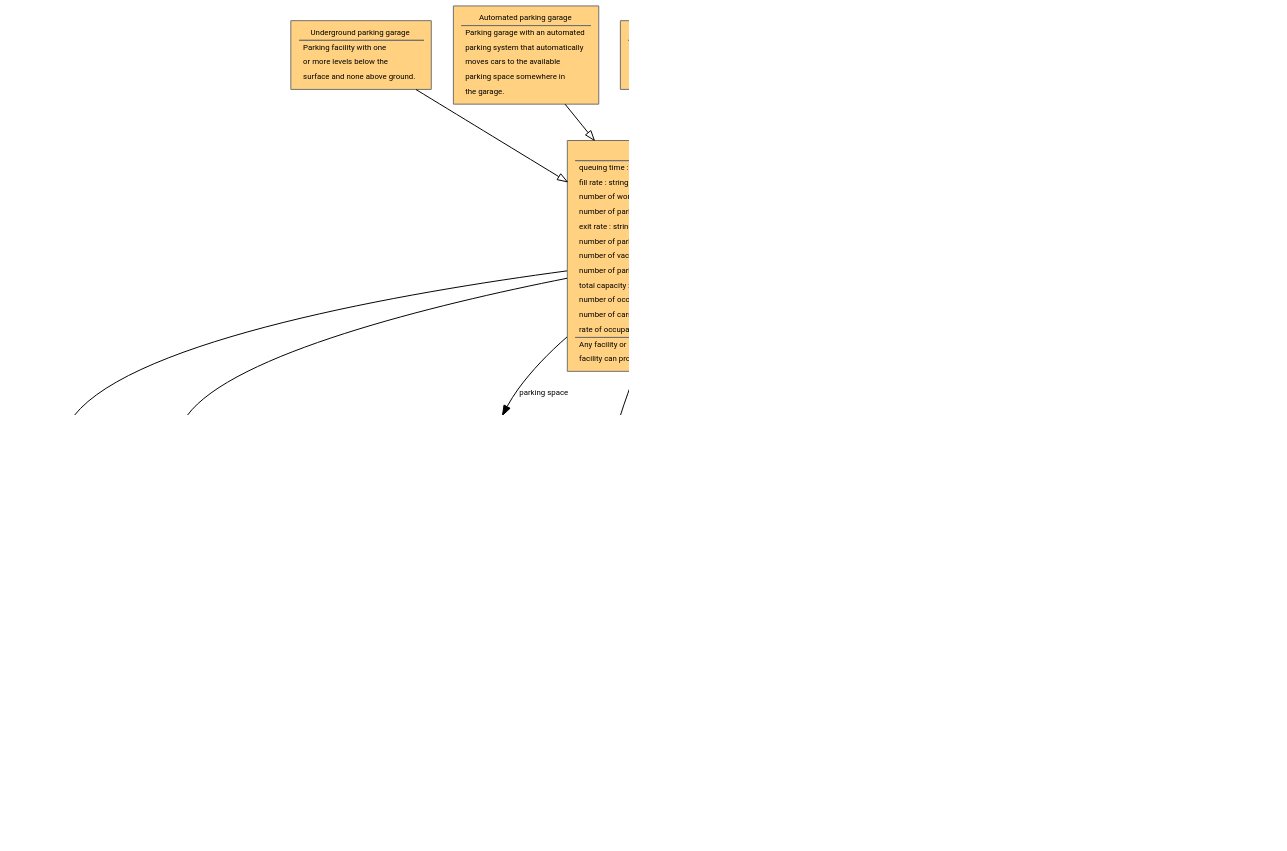
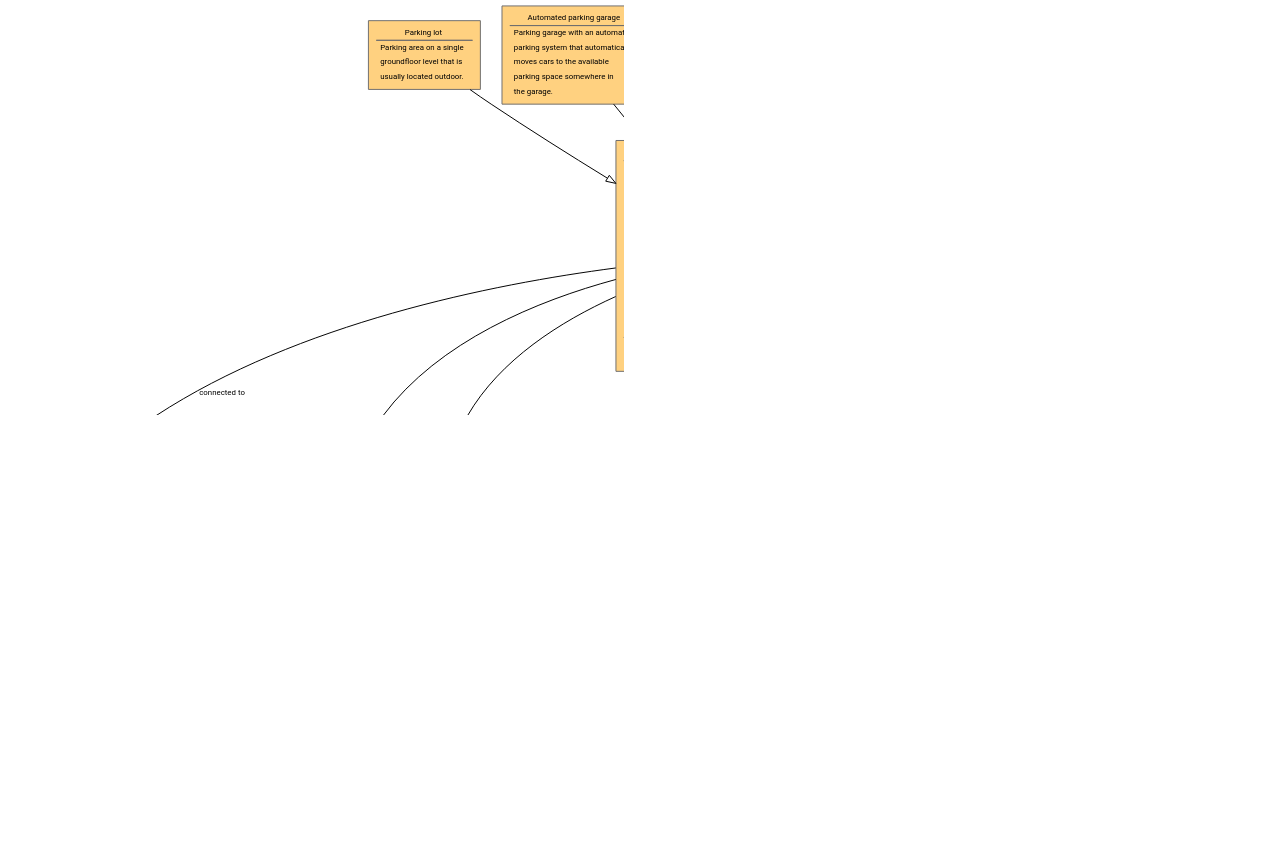
Before and after one commit to vocol/mobivoc: the diagram in diagrams/Parking.ttl.dot, drawn with Graphviz. The commit also changed 15 other files, not shown here.

Commit message:
update diagrams

```diff
--- a/diagrams/Parking.ttl.dot
+++ b/diagrams/Parking.ttl.dot
@@ -24,42 +24,42 @@
                 fontname = "Roboto"
                 fontsize = 8
         ]
-"http://schema.mobivoc.org/ParkingFacility" [fillcolor="#FFD180" fontcolor= "#000000", label=<<TABLE border="0"><TR><TD ALIGN="CENTER" HREF="http://schema.mobivoc.org/ParkingFacility">Parking facility</TD></TR><HR/><TR><TD ALIGN="LEFT" HREF="http://schema.mobivoc.org/queuingTime">queuing time : string</TD></TR><TR><TD ALIGN="LEFT" HREF="http://schema.mobivoc.org/fillRate">fill rate : string</TD></TR><TR><TD ALIGN="LEFT" HREF="http://schema.mobivoc.org/numberOfWomensParkingSpaces">number of women's parking spaces : integer</TD></TR><TR><TD ALIGN="LEFT" HREF="http://schema.mobivoc.org/numberOfMotorbikeParkingSpaces">number of parking spaces for motorbikes : integer</TD></TR><TR><TD ALIGN="LEFT" HREF="http://schema.mobivoc.org/exitRate">exit rate : string</TD></TR><TR><TD ALIGN="LEFT" HREF="http://schema.mobivoc.org/numberOfParkingSpacesForDisabledPersons">number of parking spaces for disabled persons : integer</TD></TR><TR><TD ALIGN="LEFT" HREF="http://schema.mobivoc.org/numberOfVacantParkingSpaces">number of vacant parking spaces : integer</TD></TR><TR><TD ALIGN="LEFT" HREF="http://schema.mobivoc.org/numberOfBicycleParkingSpaces">number of parking spaces for bicycles : integer</TD></TR><TR><TD ALIGN="LEFT" HREF="http://schema.mobivoc.org/totalCapacity">total capacity : integer</TD></TR><TR><TD ALIGN="LEFT" HREF="http://schema.mobivoc.org/numberOfOccupiedParkingSpaces">number of occupied parking spaces : integer</TD></TR><TR><TD ALIGN="LEFT" HREF="http://schema.mobivoc.org/numberOfCarsharingParkingSpaces">number of carsharing spaces : integer</TD></TR><TR><TD ALIGN="LEFT" HREF="http://schema.mobivoc.org/rateOfOccupancy">rate of occupancy : string</TD></TR><HR/><TR><TD ALIGN="LEFT">Any facility or area assigned for parking vehicles. A parking</TD></TR><TR><TD ALIGN="LEFT">facility can provide one or more parking spaces.</TD></TR></TABLE>>]
+"http://schema.mobivoc.org/ParkingFacilityConnection" [fillcolor="#FFD180" fontcolor= "#000000", label=<<TABLE border="0"><TR><TD ALIGN="CENTER" HREF="http://schema.mobivoc.org/ParkingFacilityConnection">Parking facility connections</TD></TR><HR/><TR><TD ALIGN="LEFT">Transport connections available</TD></TR><TR><TD ALIGN="LEFT">at the parking facility (e.g.</TD></TR><TR><TD ALIGN="LEFT">Park &amp; Ride).</TD></TR></TABLE>>]
+"http://schema.mobivoc.org/Capacity" [fillcolor="#FFD180" fontcolor= "#000000", label=<<TABLE border="0"><TR><TD ALIGN="CENTER" HREF="http://schema.mobivoc.org/Capacity">Capacity</TD></TR><HR/><TR><TD ALIGN="LEFT" HREF="http://schema.mobivoc.org/maximumValue">maximum value : integer</TD></TR><HR/><TR><TD ALIGN="LEFT">Capacity of a parking facility</TD></TR><TR><TD ALIGN="LEFT">or a parking space.</TD></TR></TABLE>>]
+"http://schema.mobivoc.org/ParkingFacilityEntrance" [fillcolor="#FFD180" fontcolor= "#000000", label=<<TABLE border="0"><TR><TD ALIGN="CENTER" HREF="http://schema.mobivoc.org/ParkingFacilityEntrance">Entrance</TD></TR><HR/><TR><TD ALIGN="LEFT">Entrance of a parking facility</TD></TR><TR><TD ALIGN="LEFT">where vehicles can enter</TD></TR><TR><TD ALIGN="LEFT">the parking facility.</TD></TR></TABLE>>]
+"http://schema.mobivoc.org/ParkingFacilityFeature" [fillcolor="#FFD180" fontcolor= "#000000", label=<<TABLE border="0"><TR><TD ALIGN="CENTER" HREF="http://schema.mobivoc.org/ParkingFacilityFeature">Parking facility feature</TD></TR><HR/><TR><TD ALIGN="LEFT">Features of the parking facility</TD></TR><TR><TD ALIGN="LEFT">(e.g. parking for disabled</TD></TR><TR><TD ALIGN="LEFT">people).</TD></TR></TABLE>>]
+"http://schema.mobivoc.org/ParkingLot" [fillcolor="#FFD180" fontcolor= "#000000", label=<<TABLE border="0"><TR><TD ALIGN="CENTER" HREF="http://schema.mobivoc.org/ParkingLot">Parking lot</TD></TR><HR/><TR><TD ALIGN="LEFT">Parking area on a single</TD></TR><TR><TD ALIGN="LEFT">groundfloor level that is</TD></TR><TR><TD ALIGN="LEFT">usually located outdoor.</TD></TR></TABLE>>]
+"http://schema.mobivoc.org/ParkingUsageType" [fillcolor="#FFD180" fontcolor= "#000000", label=<<TABLE border="0"><TR><TD ALIGN="CENTER" HREF="http://schema.mobivoc.org/ParkingUsageType">Parking usage type</TD></TR><HR/><TR><TD ALIGN="LEFT">A type of special purpose</TD></TR><TR><TD ALIGN="LEFT">a parking space is designated</TD></TR><TR><TD ALIGN="LEFT">for, like women&#x27;s parking</TD></TR><TR><TD ALIGN="LEFT">spaces.</TD></TR></TABLE>>]
+"http://schema.mobivoc.org/AutomatedParkingGarage" [fillcolor="#FFD180" fontcolor= "#000000", label=<<TABLE border="0"><TR><TD ALIGN="CENTER" HREF="http://schema.mobivoc.org/AutomatedParkingGarage">Automated parking garage</TD></TR><HR/><TR><TD ALIGN="LEFT">Parking garage with an automated</TD></TR><TR><TD ALIGN="LEFT">parking system that automatically</TD></TR><TR><TD ALIGN="LEFT">moves cars to the available</TD></TR><TR><TD ALIGN="LEFT">parking space somewhere in</TD></TR><TR><TD ALIGN="LEFT">the garage.</TD></TR></TABLE>>]
+"http://schema.mobivoc.org/ParkingSpace" [fillcolor="#FFD180" fontcolor= "#000000", label=<<TABLE border="0"><TR><TD ALIGN="CENTER" HREF="http://schema.mobivoc.org/ParkingSpace">Parking space</TD></TR><HR/><TR><TD ALIGN="LEFT">A parking space is a location</TD></TR><TR><TD ALIGN="LEFT">that is designated for parking</TD></TR><TR><TD ALIGN="LEFT">a vehicle. A parking space</TD></TR><TR><TD ALIGN="LEFT">has a certain size, is sometimes</TD></TR><TR><TD ALIGN="LEFT">marked and can be located</TD></TR><TR><TD ALIGN="LEFT">at roadside or inside a parking</TD></TR><TR><TD ALIGN="LEFT">facility. Depending on the</TD></TR><TR><TD ALIGN="LEFT">location of the parking space,</TD></TR><TR><TD ALIGN="LEFT">there can be regulations</TD></TR><TR><TD ALIGN="LEFT">regarding the time allowed</TD></TR><TR><TD ALIGN="LEFT">to park and a fee paid to</TD></TR><TR><TD ALIGN="LEFT">use the parking space.</TD></TR></TABLE>>]
+"http://schema.mobivoc.org/ParkingFacilityExit" [fillcolor="#FFD180" fontcolor= "#000000", label=<<TABLE border="0"><TR><TD ALIGN="CENTER" HREF="http://schema.mobivoc.org/ParkingFacilityExit">Exit</TD></TR><HR/><TR><TD ALIGN="LEFT">Exit of a parking facility</TD></TR><TR><TD ALIGN="LEFT">where vehicles can leave</TD></TR><TR><TD ALIGN="LEFT">the parking facility.</TD></TR></TABLE>>]
+"http://schema.mobivoc.org/RealTimeCapacity" [fillcolor="#FFD180" fontcolor= "#000000", label=<<TABLE border="0"><TR><TD ALIGN="CENTER" HREF="http://schema.mobivoc.org/RealTimeCapacity">Real time capacity</TD></TR><HR/><TR><TD ALIGN="LEFT" HREF="http://purl.org/dc/terms/date">date (dct:) : datetime</TD></TR><TR><TD ALIGN="LEFT" HREF="http://schema.mobivoc.org/currentValue">current value : integer</TD></TR><HR/><TR><TD ALIGN="LEFT">Real-time capacity of a parking</TD></TR><TR><TD ALIGN="LEFT">facility or parking space.</TD></TR></TABLE>>]
+"http://schema.mobivoc.org/BicycleParkingStation" [fillcolor="#FFD180" fontcolor= "#000000", label=<<TABLE border="0"><TR><TD ALIGN="CENTER" HREF="http://schema.mobivoc.org/BicycleParkingStation">Bicycle parking station</TD></TR><HR/><TR><TD ALIGN="LEFT">Building or structure designed</TD></TR><TR><TD ALIGN="LEFT">for use as a bicycle parking</TD></TR><TR><TD ALIGN="LEFT">facility.</TD></TR></TABLE>>]
+"http://schema.mobivoc.org/ParkingFacility" [fillcolor="#FFD180" fontcolor= "#000000", label=<<TABLE border="0"><TR><TD ALIGN="CENTER" HREF="http://schema.mobivoc.org/ParkingFacility">Parking facility</TD></TR><HR/><TR><TD ALIGN="LEFT" HREF="http://schema.mobivoc.org/totalCapacity">total capacity : integer</TD></TR><TR><TD ALIGN="LEFT" HREF="http://schema.mobivoc.org/exitRate">exit rate : string</TD></TR><TR><TD ALIGN="LEFT" HREF="http://schema.mobivoc.org/numberOfMotorbikeParkingSpaces">number of parking spaces for motorbikes : integer</TD></TR><TR><TD ALIGN="LEFT" HREF="http://schema.mobivoc.org/numberOfWomensParkingSpaces">number of women's parking spaces : integer</TD></TR><TR><TD ALIGN="LEFT" HREF="http://schema.mobivoc.org/queuingTime">queuing time : string</TD></TR><TR><TD ALIGN="LEFT" HREF="http://schema.mobivoc.org/numberOfParkingSpacesForDisabledPersons">number of parking spaces for disabled persons : integer</TD></TR><TR><TD ALIGN="LEFT" HREF="http://schema.mobivoc.org/rateOfOccupancy">rate of occupancy : string</TD></TR><TR><TD ALIGN="LEFT" HREF="http://schema.mobivoc.org/numberOfCarsharingParkingSpaces">number of carsharing spaces : integer</TD></TR><TR><TD ALIGN="LEFT" HREF="http://schema.mobivoc.org/numberOfOccupiedParkingSpaces">number of occupied parking spaces : integer</TD></TR><TR><TD ALIGN="LEFT" HREF="http://schema.mobivoc.org/numberOfVacantParkingSpaces">number of vacant parking spaces : integer</TD></TR><TR><TD ALIGN="LEFT" HREF="http://schema.mobivoc.org/fillRate">fill rate : string</TD></TR><TR><TD ALIGN="LEFT" HREF="http://schema.mobivoc.org/numberOfBicycleParkingSpaces">number of parking spaces for bicycles : integer</TD></TR><HR/><TR><TD ALIGN="LEFT">Any facility or area assigned for parking vehicles. A parking</TD></TR><TR><TD ALIGN="LEFT">facility can provide one or more parking spaces.</TD></TR></TABLE>>]
 "http://schema.mobivoc.org/ArrangementPattern" [fillcolor="#FFD180" fontcolor= "#000000", label=<<TABLE border="0"><TR><TD ALIGN="CENTER" HREF="http://schema.mobivoc.org/ArrangementPattern">Arrangement pattern</TD></TR><HR/><TR><TD ALIGN="LEFT">Pattern how parking spaces</TD></TR><TR><TD ALIGN="LEFT">are arranged in a parking</TD></TR><TR><TD ALIGN="LEFT">facility or at roadside.</TD></TR></TABLE>>]
 "http://schema.mobivoc.org/UndergroundParkingGarage" [fillcolor="#FFD180" fontcolor= "#000000", label=<<TABLE border="0"><TR><TD ALIGN="CENTER" HREF="http://schema.mobivoc.org/UndergroundParkingGarage">Underground parking garage</TD></TR><HR/><TR><TD ALIGN="LEFT">Parking facility with one</TD></TR><TR><TD ALIGN="LEFT">or more levels below the</TD></TR><TR><TD ALIGN="LEFT">surface and none above ground.</TD></TR></TABLE>>]
-"http://schema.mobivoc.org/ParkingFacilityExit" [fillcolor="#FFD180" fontcolor= "#000000", label=<<TABLE border="0"><TR><TD ALIGN="CENTER" HREF="http://schema.mobivoc.org/ParkingFacilityExit">Exit</TD></TR><HR/><TR><TD ALIGN="LEFT">Exit of a parking facility</TD></TR><TR><TD ALIGN="LEFT">where vehicles can leave</TD></TR><TR><TD ALIGN="LEFT">the parking facility.</TD></TR></TABLE>>]
-"http://schema.mobivoc.org/ParkingSpace" [fillcolor="#FFD180" fontcolor= "#000000", label=<<TABLE border="0"><TR><TD ALIGN="CENTER" HREF="http://schema.mobivoc.org/ParkingSpace">Parking space</TD></TR><HR/><TR><TD ALIGN="LEFT">A parking space is a location</TD></TR><TR><TD ALIGN="LEFT">that is designated for parking</TD></TR><TR><TD ALIGN="LEFT">a vehicle. A parking space</TD></TR><TR><TD ALIGN="LEFT">has a certain size, is sometimes</TD></TR><TR><TD ALIGN="LEFT">marked and can be located</TD></TR><TR><TD ALIGN="LEFT">at roadside or inside a parking</TD></TR><TR><TD ALIGN="LEFT">facility. Depending on the</TD></TR><TR><TD ALIGN="LEFT">location of the parking space,</TD></TR><TR><TD ALIGN="LEFT">there can be regulations</TD></TR><TR><TD ALIGN="LEFT">regarding the time allowed</TD></TR><TR><TD ALIGN="LEFT">to park and a fee paid to</TD></TR><TR><TD ALIGN="LEFT">use the parking space.</TD></TR></TABLE>>]
-"http://schema.mobivoc.org/ParkingFacilityEntrance" [fillcolor="#FFD180" fontcolor= "#000000", label=<<TABLE border="0"><TR><TD ALIGN="CENTER" HREF="http://schema.mobivoc.org/ParkingFacilityEntrance">Entrance</TD></TR><HR/><TR><TD ALIGN="LEFT">Entrance of a parking facility</TD></TR><TR><TD ALIGN="LEFT">where vehicles can enter</TD></TR><TR><TD ALIGN="LEFT">the parking facility.</TD></TR></TABLE>>]
-"http://schema.mobivoc.org/AutomatedParkingGarage" [fillcolor="#FFD180" fontcolor= "#000000", label=<<TABLE border="0"><TR><TD ALIGN="CENTER" HREF="http://schema.mobivoc.org/AutomatedParkingGarage">Automated parking garage</TD></TR><HR/><TR><TD ALIGN="LEFT">Parking garage with an automated</TD></TR><TR><TD ALIGN="LEFT">parking system that automatically</TD></TR><TR><TD ALIGN="LEFT">moves cars to the available</TD></TR><TR><TD ALIGN="LEFT">parking space somewhere in</TD></TR><TR><TD ALIGN="LEFT">the garage.</TD></TR></TABLE>>]
-"http://schema.mobivoc.org/ParkingFacilityFeature" [fillcolor="#FFD180" fontcolor= "#000000", label=<<TABLE border="0"><TR><TD ALIGN="CENTER" HREF="http://schema.mobivoc.org/ParkingFacilityFeature">Parking facility feature</TD></TR><HR/><TR><TD ALIGN="LEFT">Features of the parking facility</TD></TR><TR><TD ALIGN="LEFT">(e.g. parking for disabled</TD></TR><TR><TD ALIGN="LEFT">people).</TD></TR></TABLE>>]
-"http://schema.mobivoc.org/ParkingUsageType" [fillcolor="#FFD180" fontcolor= "#000000", label=<<TABLE border="0"><TR><TD ALIGN="CENTER" HREF="http://schema.mobivoc.org/ParkingUsageType">Parking usage type</TD></TR><HR/><TR><TD ALIGN="LEFT">A type of special purpose</TD></TR><TR><TD ALIGN="LEFT">a parking space is designated</TD></TR><TR><TD ALIGN="LEFT">for, like women&#x27;s parking</TD></TR><TR><TD ALIGN="LEFT">spaces.</TD></TR></TABLE>>]
-"http://schema.mobivoc.org/RealTimeCapacity" [fillcolor="#FFD180" fontcolor= "#000000", label=<<TABLE border="0"><TR><TD ALIGN="CENTER" HREF="http://schema.mobivoc.org/RealTimeCapacity">Real time capacity</TD></TR><HR/><TR><TD ALIGN="LEFT" HREF="http://purl.org/dc/terms/date">date (dct:) : datetime</TD></TR><TR><TD ALIGN="LEFT" HREF="http://schema.mobivoc.org/currentValue">current value : integer</TD></TR><HR/><TR><TD ALIGN="LEFT">Real-time capacity of a parking</TD></TR><TR><TD ALIGN="LEFT">facility or parking space.</TD></TR></TABLE>>]
-"http://schema.mobivoc.org/BicycleParkingStation" [fillcolor="#FFD180" fontcolor= "#000000", label=<<TABLE border="0"><TR><TD ALIGN="CENTER" HREF="http://schema.mobivoc.org/BicycleParkingStation">Bicycle parking station</TD></TR><HR/><TR><TD ALIGN="LEFT">Building or structure designed</TD></TR><TR><TD ALIGN="LEFT">for use as a bicycle parking</TD></TR><TR><TD ALIGN="LEFT">facility.</TD></TR></TABLE>>]
-"http://schema.mobivoc.org/Capacity" [fillcolor="#FFD180" fontcolor= "#000000", label=<<TABLE border="0"><TR><TD ALIGN="CENTER" HREF="http://schema.mobivoc.org/Capacity">Capacity</TD></TR><HR/><TR><TD ALIGN="LEFT" HREF="http://schema.mobivoc.org/maximumValue">maximum value : integer</TD></TR><HR/><TR><TD ALIGN="LEFT">Capacity of a parking facility</TD></TR><TR><TD ALIGN="LEFT">or a parking space.</TD></TR></TABLE>>]
-"http://schema.mobivoc.org/ParkingFacilityConnection" [fillcolor="#FFD180" fontcolor= "#000000", label=<<TABLE border="0"><TR><TD ALIGN="CENTER" HREF="http://schema.mobivoc.org/ParkingFacilityConnection">Parking facility connections</TD></TR><HR/><TR><TD ALIGN="LEFT">Transport connections available</TD></TR><TR><TD ALIGN="LEFT">at the parking facility (e.g.</TD></TR><TR><TD ALIGN="LEFT">Park &amp; Ride).</TD></TR></TABLE>>]
 "http://schema.mobivoc.org/ParkingGarage" [fillcolor="#FFD180" fontcolor= "#000000", label=<<TABLE border="0"><TR><TD ALIGN="CENTER" HREF="http://schema.mobivoc.org/ParkingGarage">Parking garage</TD></TR><HR/><TR><TD ALIGN="LEFT">A single level or multilevel</TD></TR><TR><TD ALIGN="LEFT">parking building to park</TD></TR><TR><TD ALIGN="LEFT">at.</TD></TR></TABLE>>]
-"http://schema.mobivoc.org/ParkingLot" [fillcolor="#FFD180" fontcolor= "#000000", label=<<TABLE border="0"><TR><TD ALIGN="CENTER" HREF="http://schema.mobivoc.org/ParkingLot">Parking lot</TD></TR><HR/><TR><TD ALIGN="LEFT">Parking area on a single</TD></TR><TR><TD ALIGN="LEFT">groundfloor level that is</TD></TR><TR><TD ALIGN="LEFT">usually located outdoor.</TD></TR></TABLE>>]
+"http://schema.mobivoc.org/Capacity" -> "http://schema.mobivoc.org/ParkingUsageType" [href="http://schema.mobivoc.org/parkingUsageType", label="parking usage type"]
+"http://schema.mobivoc.org/ParkingFacility" -> "http://schema.mobivoc.org/ParkingFacilityExit" [href="http://schema.mobivoc.org/exit", label="exit"]
+"http://schema.mobivoc.org/ParkingFacility" -> "http://schema.mobivoc.org/ParkingFacilityFeature" [href="http://schema.mobivoc.org/feature", label="feature"]
+"http://schema.mobivoc.org/ParkingSpace" -> "http://schema.mobivoc.org/ChargingPoint" [href="http://schema.mobivoc.org/chargingPoint", label="has charging point"]
+"http://schema.mobivoc.org/ParkingFacility" -> "http://schema.mobivoc.org/ParkingFacilityEntrance" [href="http://schema.mobivoc.org/entrance", label="entrance"]
 "http://schema.mobivoc.org/ParkingFacility" -> "http://schema.mobivoc.org/ParkingFacilityConnection" [href="http://schema.mobivoc.org/connectedTo", label="connected to"]
-"http://schema.mobivoc.org/ParkingSpace" -> "http://schema.mobivoc.org/ChargingPoint" [href="http://schema.mobivoc.org/chargingPoint", label="has charging point"]
 "http://schema.mobivoc.org/ParkingSpace" -> "http://schema.mobivoc.org/ArrangementPattern" [href="http://schema.mobivoc.org/arrangement", label="arrangement pattern"]
-"http://schema.mobivoc.org/ParkingFacility" -> "http://schema.mobivoc.org/ParkingFacilityEntrance" [href="http://schema.mobivoc.org/entrance", label="entrance"]
-"http://schema.mobivoc.org/ParkingFacility" -> "http://schema.mobivoc.org/ParkingFacilityExit" [href="http://schema.mobivoc.org/exit", label="exit"]
 "http://schema.mobivoc.org/Capacity" -> "http://schema.org/Vehicle" [href="http://schema.mobivoc.org/intendedForVehicle", label="intended for vehicle"]
+"http://schema.mobivoc.org/ParkingFacility" -> "http://schema.mobivoc.org/Capacity" [href="http://schema.mobivoc.org/capacity", label="has capacity"]
+"http://schema.mobivoc.org/ParkingFacility" -> "http://schema.mobivoc.org/ChargingPoint" [href="http://schema.mobivoc.org/chargingPoint", label="has charging point"]
 "http://schema.mobivoc.org/ParkingFacility" -> "http://schema.mobivoc.org/ParkingSpace" [href="http://schema.mobivoc.org/parkingSpace", label="parking space"]
-"http://schema.mobivoc.org/Capacity" -> "http://schema.mobivoc.org/ParkingUsageType" [href="http://schema.mobivoc.org/parkingUsageType", label="parking usage type"]
-"http://schema.mobivoc.org/ParkingFacility" -> "http://schema.mobivoc.org/Capacity" [href="http://schema.mobivoc.org/capacity", label="has capacity"]
+"http://schema.mobivoc.org/ParkingSpace" -> "http://schema.mobivoc.org/Capacity" [href="http://schema.mobivoc.org/capacity", label="has capacity"]
 "http://schema.mobivoc.org/ParkingFacility" -> "http://schema.mobivoc.org/ArrangementPattern" [href="http://schema.mobivoc.org/arrangement", label="arrangement pattern"]
-"http://schema.mobivoc.org/ParkingFacility" -> "http://schema.mobivoc.org/ChargingPoint" [href="http://schema.mobivoc.org/chargingPoint", label="has charging point"]
-"http://schema.mobivoc.org/ParkingSpace" -> "http://schema.mobivoc.org/Capacity" [href="http://schema.mobivoc.org/capacity", label="has capacity"]
-"http://schema.mobivoc.org/ParkingFacility" -> "http://schema.mobivoc.org/ParkingFacilityFeature" [href="http://schema.mobivoc.org/feature", label="feature"]
+"http://schema.mobivoc.org/UndergroundParkingGarage" -> "http://schema.mobivoc.org/ParkingFacility" [arrowhead = "empty"]
+"http://schema.mobivoc.org/BicycleParkingStation" -> "http://schema.mobivoc.org/ParkingFacility" [arrowhead = "empty"]
+"http://schema.mobivoc.org/RealTimeCapacity" -> "http://schema.mobivoc.org/Capacity" [arrowhead = "empty"]
 "http://schema.mobivoc.org/ParkingFacilityExit" -> "http://schema.org/CivicStructure" [arrowhead = "empty"]
 "http://schema.mobivoc.org/ParkingSpace" -> "http://schema.org/CivicStructure" [arrowhead = "empty"]
 "http://schema.mobivoc.org/ParkingGarage" -> "http://schema.mobivoc.org/ParkingFacility" [arrowhead = "empty"]
-"http://schema.mobivoc.org/RealTimeCapacity" -> "http://schema.mobivoc.org/Capacity" [arrowhead = "empty"]
+"http://schema.mobivoc.org/AutomatedParkingGarage" -> "http://schema.mobivoc.org/ParkingFacility" [arrowhead = "empty"]
 "http://schema.mobivoc.org/ParkingFacilityEntrance" -> "http://schema.org/CivicStructure" [arrowhead = "empty"]
-"http://schema.mobivoc.org/AutomatedParkingGarage" -> "http://schema.mobivoc.org/ParkingFacility" [arrowhead = "empty"]
-"http://schema.mobivoc.org/BicycleParkingStation" -> "http://schema.mobivoc.org/ParkingFacility" [arrowhead = "empty"]
 "http://schema.mobivoc.org/ParkingLot" -> "http://schema.mobivoc.org/ParkingFacility" [arrowhead = "empty"]
-"http://schema.mobivoc.org/UndergroundParkingGarage" -> "http://schema.mobivoc.org/ParkingFacility" [arrowhead = "empty"]
 "http://schema.mobivoc.org/ParkingFacility" -> "http://schema.org/CivicStructure" [arrowhead = "empty"]
 }
```
